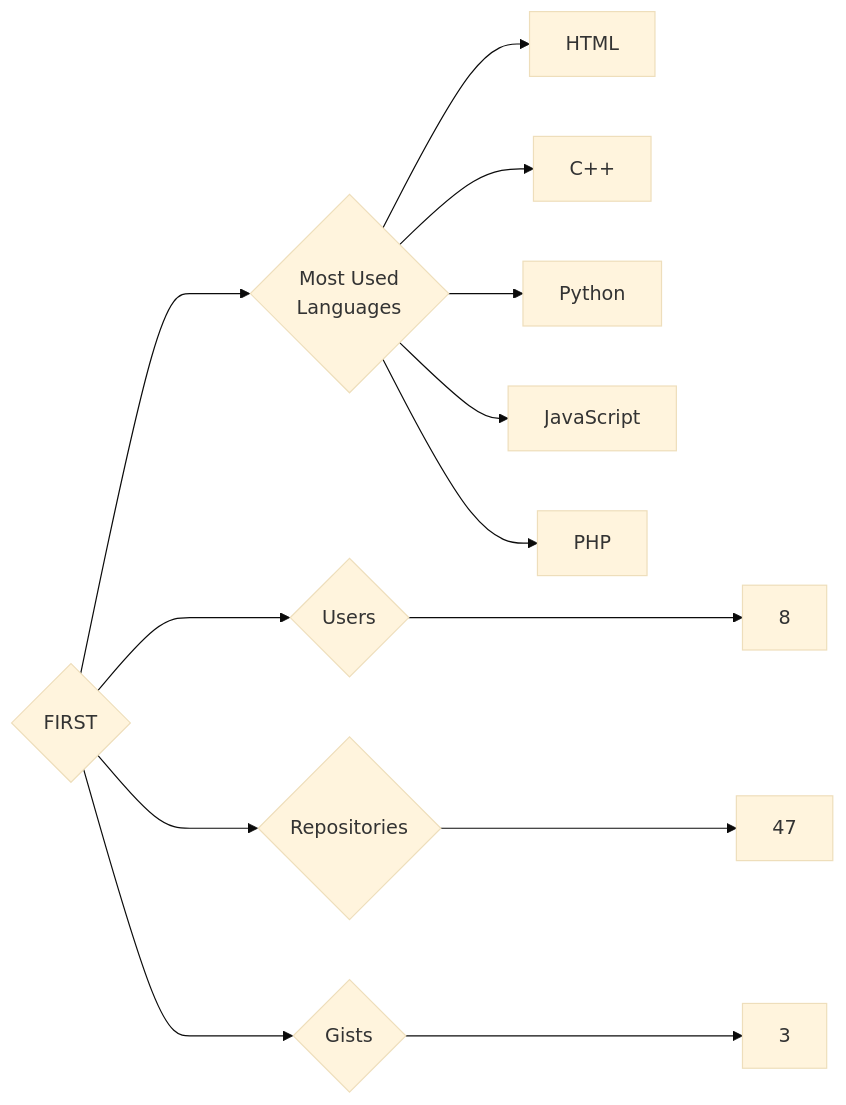
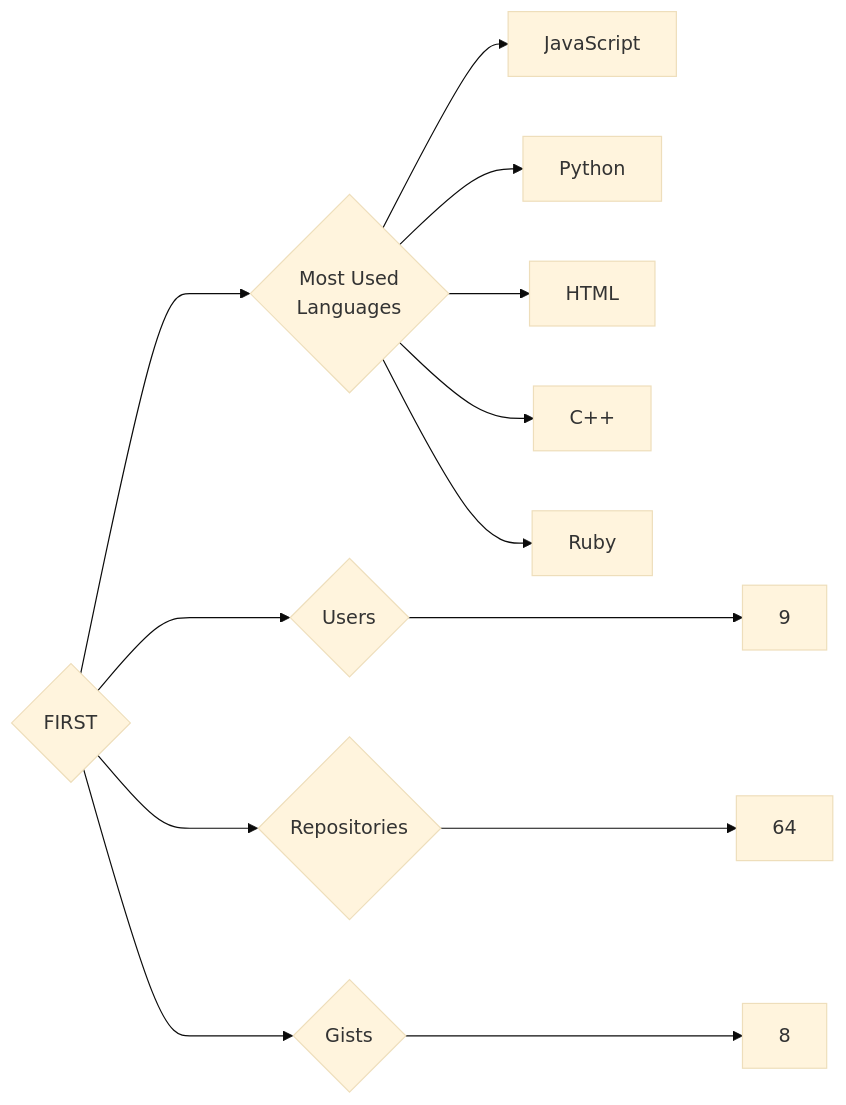
Before and after one commit to trickest/insiders: the diagram in targets/FIRST/README.md, drawn with Mermaid (base theme). The commit also changed 1088 other files, not shown here.

````diff
--- a/targets/FIRST/README.md
+++ b/targets/FIRST/README.md
@@ -3,13 +3,13 @@
 ```mermaid
 graph LR
 COMPANY_NAME{FIRST}
-COMPANY_NAME ---> U{Users} ---> UN[8]
-COMPANY_NAME ---> R{Repositories} ---> RN[47]
-COMPANY_NAME ---> G{Gists} ---> GN[3]
+COMPANY_NAME ---> U{Users} ---> UN[9]
+COMPANY_NAME ---> R{Repositories} ---> RN[64]
+COMPANY_NAME ---> G{Gists} ---> GN[8]
 COMPANY_NAME ---> ML{Most Used<br>Languages}
+ML --> JavaScript[JavaScript]
+ML --> Python[Python]
 ML --> HTML[HTML]
 ML --> C++[C++]
-ML --> Python[Python]
-ML --> JavaScript[JavaScript]
-ML --> PHP[PHP]
+ML --> Ruby[Ruby]
 ```
````
